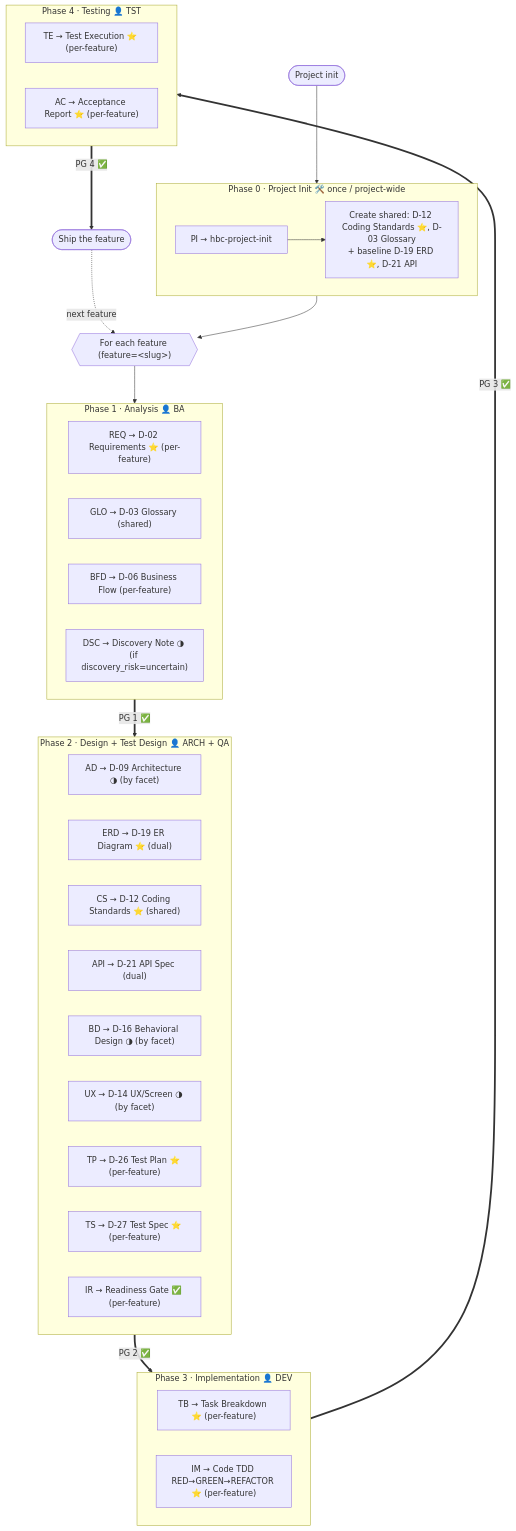
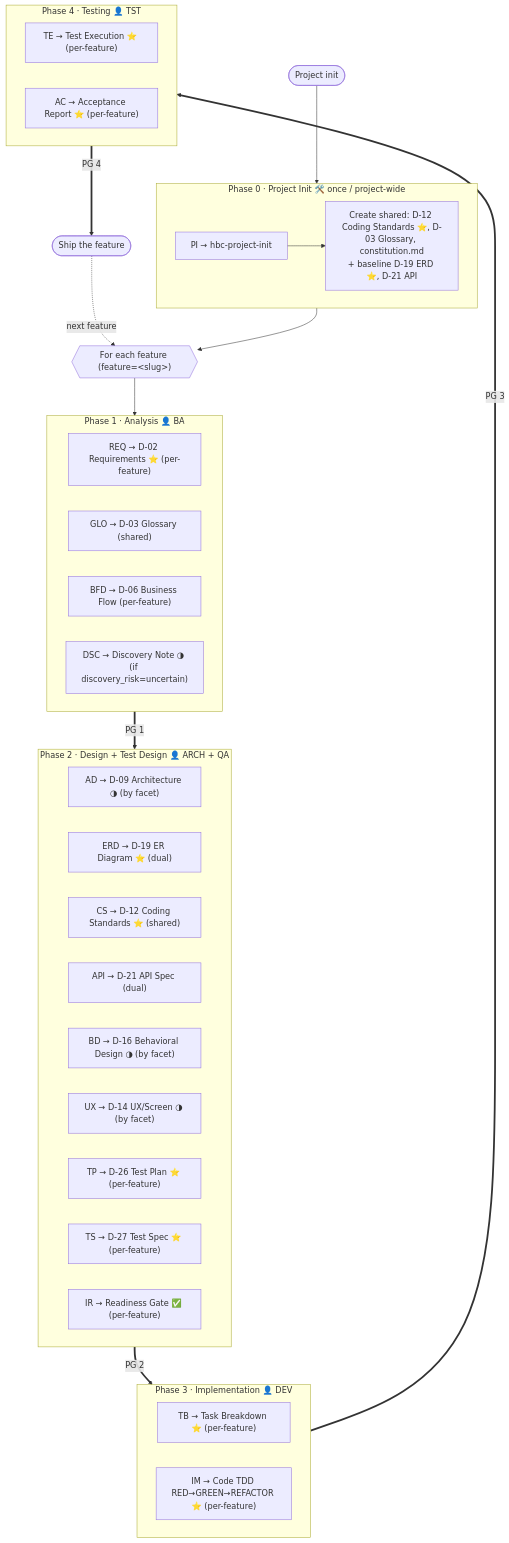
The first of 2 diagrams in docs/en/tutorials/workflow-map.md (hanh9898/waterfall-bmad-method), drawn with Mermaid before and after one commit. The commit also changed other lines of this file and 7 other files, not shown here.

````diff
--- a/docs/en/tutorials/workflow-map.md
+++ b/docs/en/tutorials/workflow-map.md
@@ -17,49 +17,49 @@
 ```mermaid
 flowchart TD
     INIT([Project init]) --> P0
 
     subgraph P0["Phase 0 · Project Init 🛠️ once / project-wide"]
         PI["PI → hbc-project-init"]
-        PISHARED["Create shared: D-12 Coding Standards ⭐, D-03 Glossary<br/>+ baseline D-19 ERD ⭐, D-21 API"]
+        PISHARED["Create shared: D-12 Coding Standards ⭐, D-03 Glossary, constitution.md<br/>+ baseline D-19 ERD ⭐, D-21 API"]
         PI --> PISHARED
     end
 
     P0 --> LOOP{{"For each feature (feature=&lt;slug&gt;)"}}
 
     LOOP --> P1
 
     subgraph P1["Phase 1 · Analysis 👤 BA"]
         REQ["REQ → D-02 Requirements ⭐ (per-feature)"]
         GLO["GLO → D-03 Glossary (shared)"]
         BFD["BFD → D-06 Business Flow (per-feature)"]
         DSC["DSC → Discovery Note ◑ (if discovery_risk=uncertain)"]
     end
 
     subgraph P2["Phase 2 · Design + Test Design 👤 ARCH + QA"]
         AD["AD → D-09 Architecture ◑ (by facet)"]
         ERD["ERD → D-19 ER Diagram ⭐ (dual)"]
         CS["CS → D-12 Coding Standards ⭐ (shared)"]
         API["API → D-21 API Spec (dual)"]
         BD["BD → D-16 Behavioral Design ◑ (by facet)"]
         UX["UX → D-14 UX/Screen ◑ (by facet)"]
         TP["TP → D-26 Test Plan ⭐ (per-feature)"]
         TS["TS → D-27 Test Spec ⭐ (per-feature)"]
         IR["IR → Readiness Gate ✅ (per-feature)"]
     end
 
     subgraph P3["Phase 3 · Implementation 👤 DEV"]
         TB["TB → Task Breakdown ⭐ (per-feature)"]
         IM["IM → Code TDD RED→GREEN→REFACTOR ⭐ (per-feature)"]
     end
 
     subgraph P4["Phase 4 · Testing 👤 TST"]
         TE["TE → Test Execution ⭐ (per-feature)"]
         AC["AC → Acceptance Report ⭐ (per-feature)"]
     end
 
-    P1 ==>|PG 1 ✅| P2
-    P2 ==>|PG 2 ✅| P3
-    P3 ==>|PG 3 ✅| P4
-    P4 ==>|PG 4 ✅| SHIP([Ship the feature])
+    P1 ==>|PG 1| P2
+    P2 ==>|PG 2| P3
+    P3 ==>|PG 3| P4
+    P4 ==>|PG 4| SHIP([Ship the feature])
     SHIP -.->|next feature| LOOP
 ```
````
